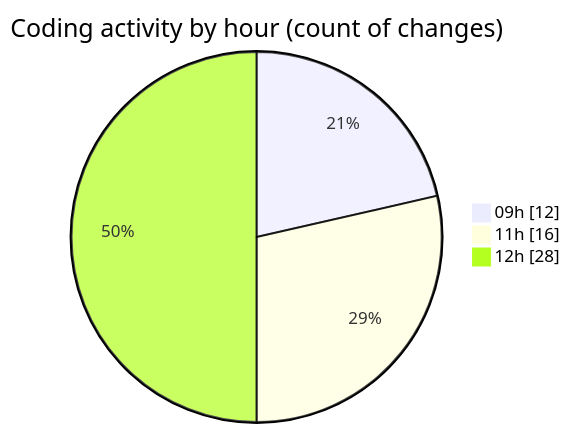
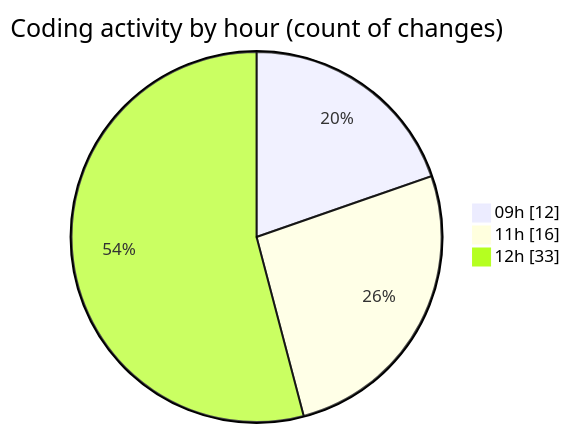
One commit to robertbonfada/code-tracking changed the second of 2 diagrams in 2025-02-20/mbc-web/README.md. Above: the diagram before and after it, drawn with Mermaid. The commit also changed other lines of this file and 1 other file, not shown here.

````diff
--- a/2025-02-20/mbc-web/README.md
+++ b/2025-02-20/mbc-web/README.md
@@ -52,7 +52,7 @@
 ```mermaid
 pie showData
 title Coding activity by hour (count of changes)
 "09h" : 12
 "11h" : 16
-"12h" : 28
+"12h" : 33
 ```
````
